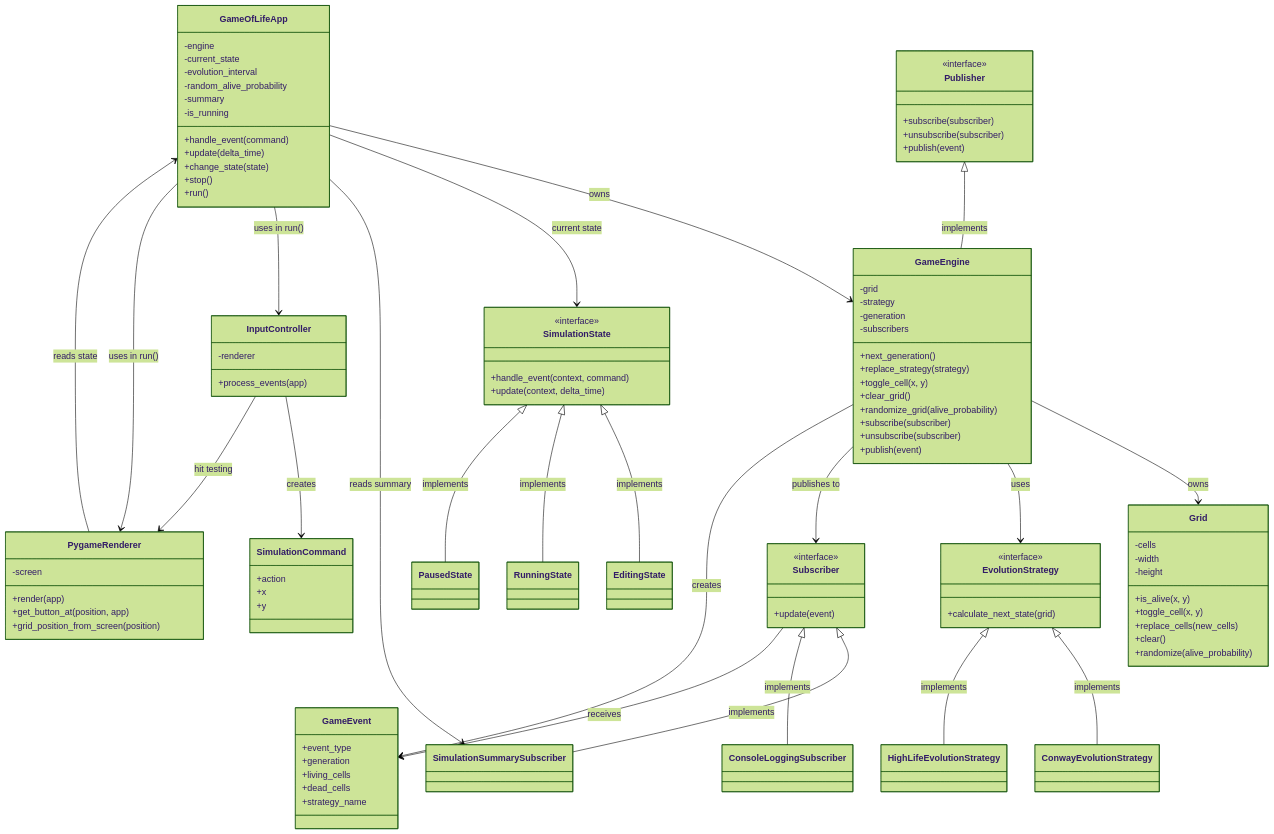
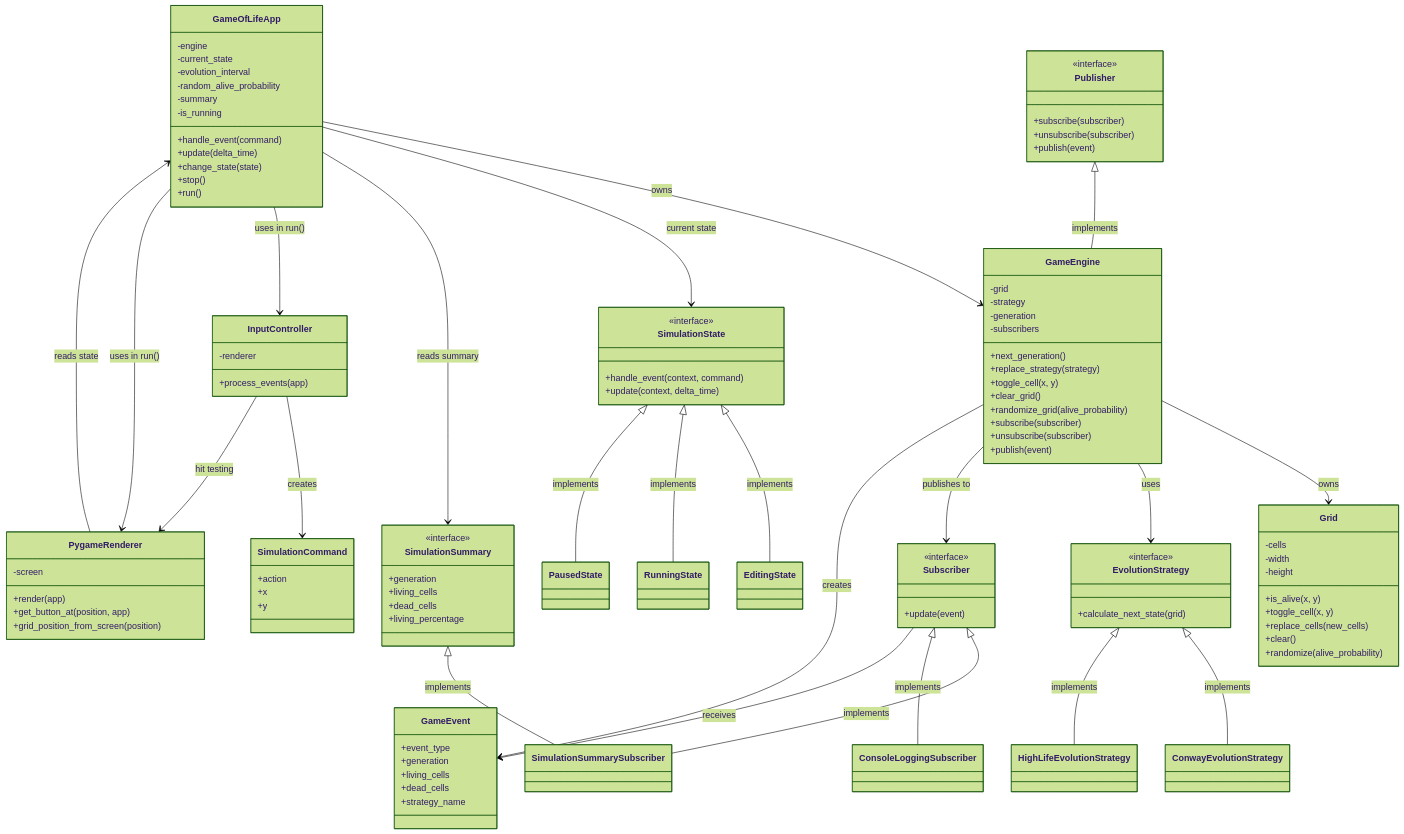
One commit to Stentzler/game-of-life-design-patterns changed the diagram in docs/class_diagram.md. Above: the diagram before and after it, drawn with Mermaid (forest theme). The commit also changed 4 other files, not shown here.

````diff
--- a/docs/class_diagram.md
+++ b/docs/class_diagram.md
@@ -96,12 +96,20 @@
         +strategy_name
     }
 
+    class SimulationSummary {
+        <<interface>>
+        +generation
+        +living_cells
+        +dead_cells
+        +living_percentage
+    }
+
     class SimulationSummarySubscriber
     class ConsoleLoggingSubscriber
 
     GameOfLifeApp --> GameEngine : owns
     GameOfLifeApp --> SimulationState : current state
-    GameOfLifeApp --> SimulationSummarySubscriber : reads summary
+    GameOfLifeApp --> SimulationSummary : reads summary
     GameOfLifeApp --> InputController : uses in run()
     GameOfLifeApp --> PygameRenderer : uses in run()
 
@@ -124,5 +132,6 @@
 
     Subscriber <|-- SimulationSummarySubscriber : implements
     Subscriber <|-- ConsoleLoggingSubscriber : implements
+    SimulationSummary <|-- SimulationSummarySubscriber : implements
     Subscriber --> GameEvent : receives
 ```
````
